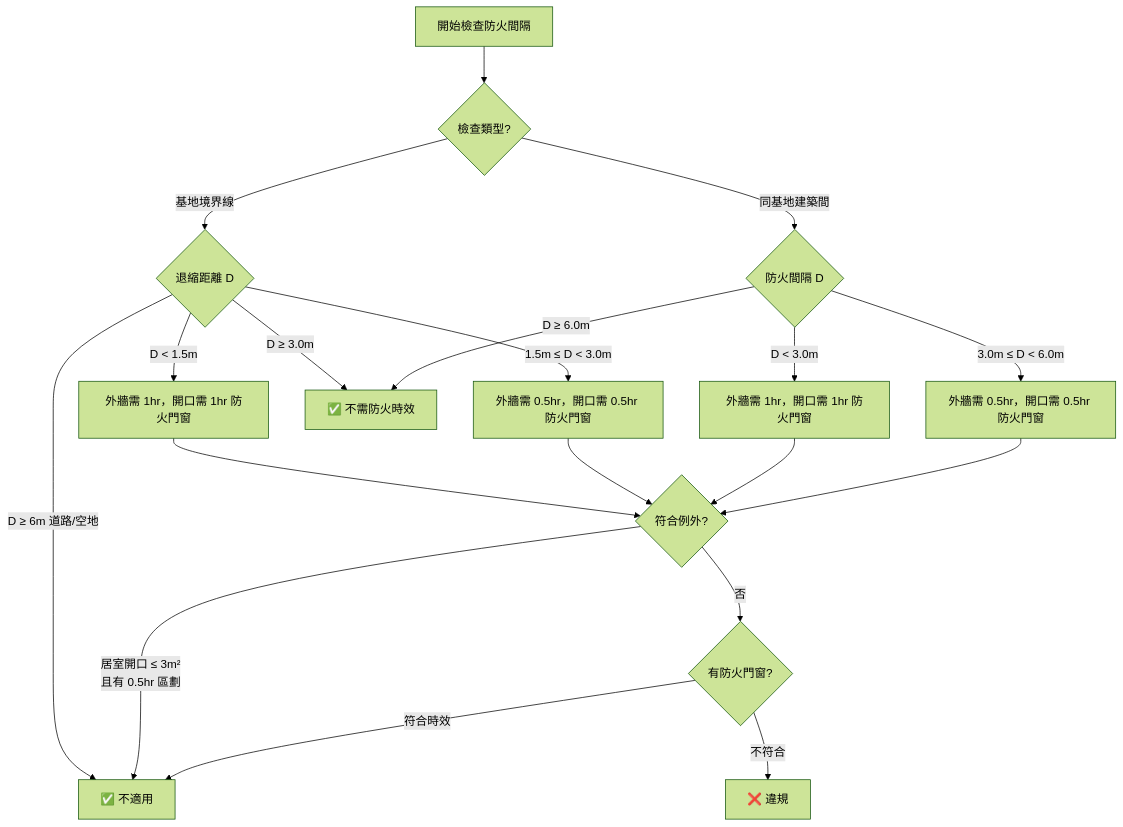
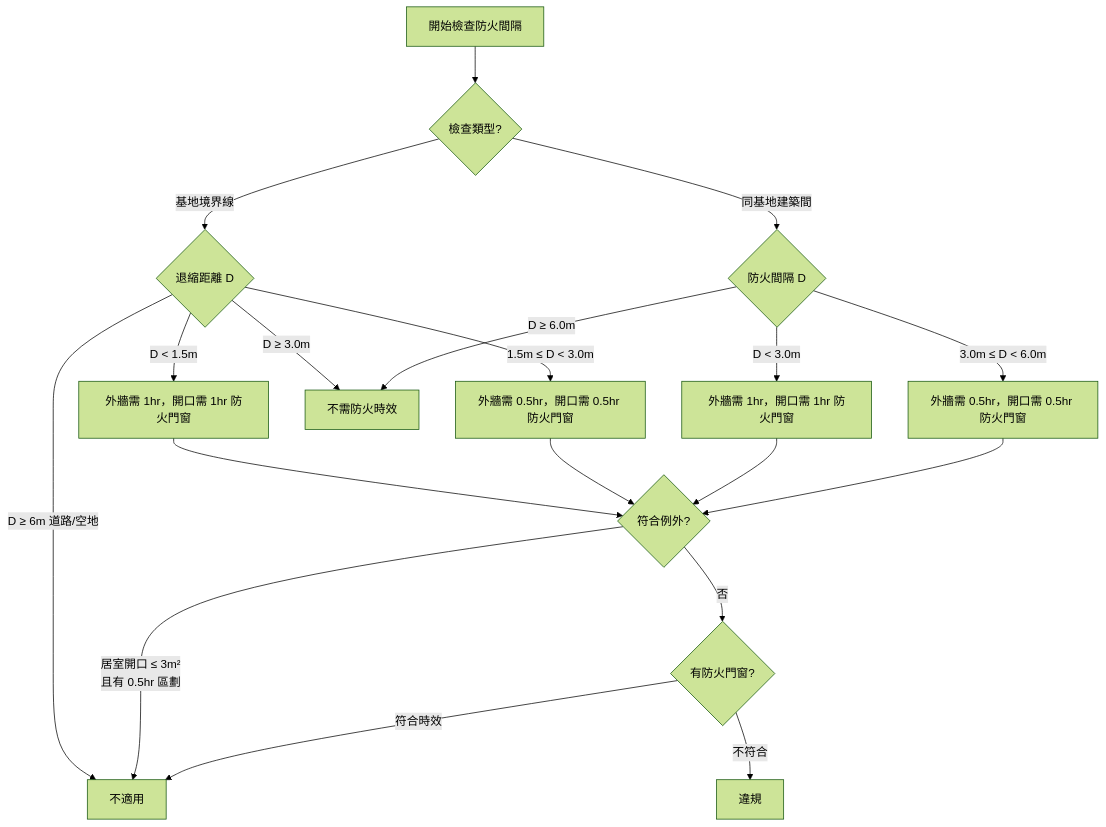
One commit to shuotao/REVIT_MCP_study changed the second of 2 diagrams in domain/exterior-wall-opening-check.md. Above: the diagram before and after it, drawn with Mermaid (forest theme). The commit also changed other lines of this file and 45 other files, not shown here.

````diff
--- a/domain/exterior-wall-opening-check.md
+++ b/domain/exterior-wall-opening-check.md
@@ -167,25 +167,25 @@
 ```mermaid
 graph TD
     A[開始檢查防火間隔] --> B{檢查類型?}
     B -->|基地境界線| C{退縮距離 D}
     B -->|同基地建築間| D{防火間隔 D}
     
-    C -->|D ≥ 6m 道路/空地| E[✅ 不適用]
+    C -->|D ≥ 6m 道路/空地| E[ 不適用]
     C -->|D < 1.5m| F[外牆需 1hr，開口需 1hr 防火門窗]
     C -->|1.5m ≤ D < 3.0m| G[外牆需 0.5hr，開口需 0.5hr 防火門窗]
-    C -->|D ≥ 3.0m| H[✅ 不需防火時效]
+    C -->|D ≥ 3.0m| H[ 不需防火時效]
     
     D -->|D < 3.0m| I[外牆需 1hr，開口需 1hr 防火門窗]
     D -->|3.0m ≤ D < 6.0m| J[外牆需 0.5hr，開口需 0.5hr 防火門窗]
     D -->|D ≥ 6.0m| H
     
     F --> K{符合例外?}
     G --> K
     I --> K
     J --> K
     
     K -->|居室開口 ≤ 3m²<br/>且有 0.5hr 區劃| E
     K -->|否| L{有防火門窗?}
     L -->|符合時效| E
-    L -->|不符合| M[❌ 違規]
+    L -->|不符合| M[ 違規]
 ```
````
